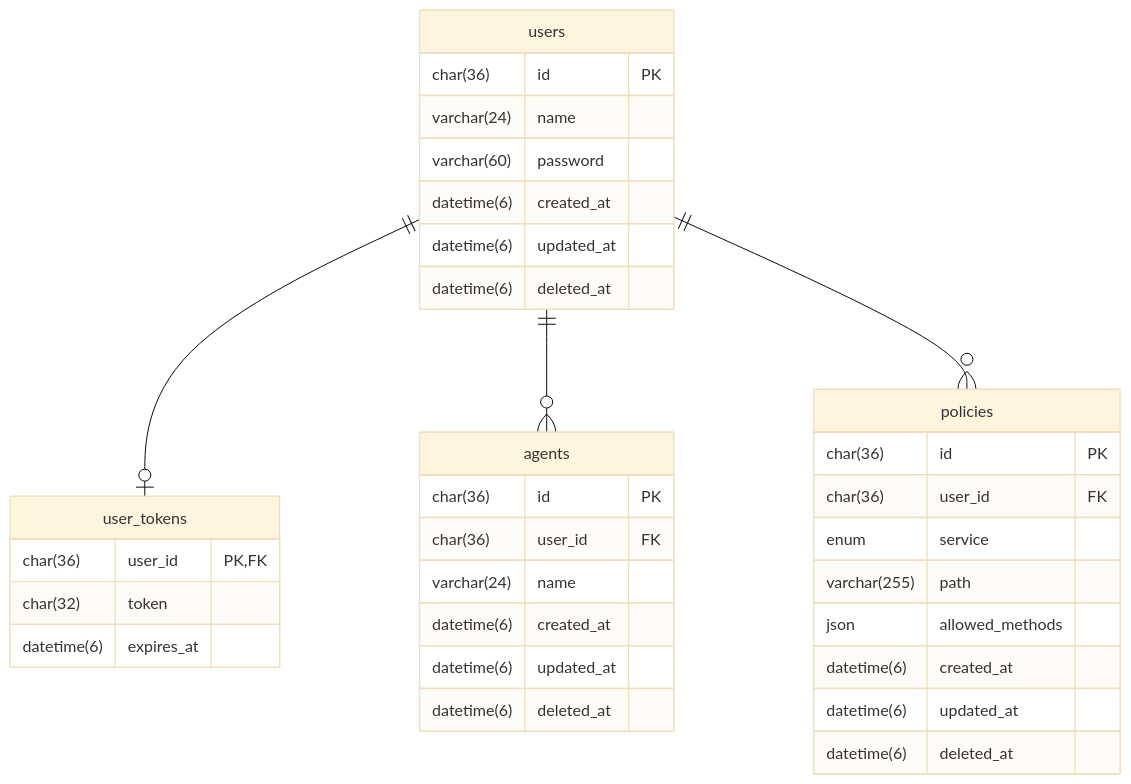
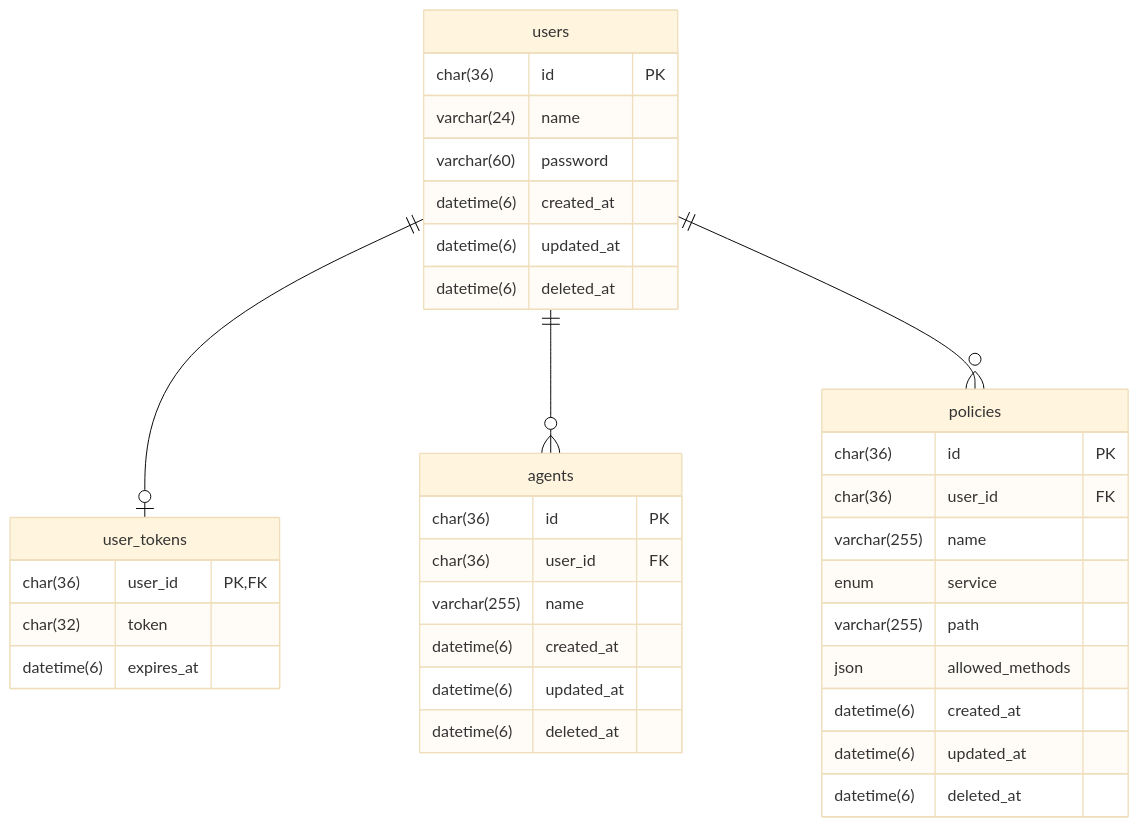
One commit to atsumarukun/holos-auth-api changed the diagram in docs/er-diagram.md. Above: the diagram before and after it, drawn with Mermaid (base theme). The commit also changed other lines of this file and 3 other files, not shown here.

````diff
--- a/docs/er-diagram.md
+++ b/docs/er-diagram.md
@@ -3,44 +3,45 @@
 ```mermaid
 erDiagram
 
 users {
   char(36) id PK
   varchar(24) name
   varchar(60) password
   datetime(6) created_at
   datetime(6) updated_at
   datetime(6) deleted_at
 }
 
 user_tokens {
   char(36) user_id PK, FK
   char(32) token
   datetime(6) expires_at
 }
 
 agents {
   char(36) id PK
   char(36) user_id FK
-  varchar(24) name
+  varchar(255) name
   datetime(6) created_at
   datetime(6) updated_at
   datetime(6) deleted_at
 }
 
 policies {
   char(36) id PK
   char(36) user_id FK
+  varchar(255) name
   enum service
   varchar(255) path
   json allowed_methods
   datetime(6) created_at
   datetime(6) updated_at
   datetime(6) deleted_at
 }
 
 users ||--o| user_tokens: ""
 
 users ||--o{ agents: ""
 
 users ||--o{ policies: ""
 ```
````
